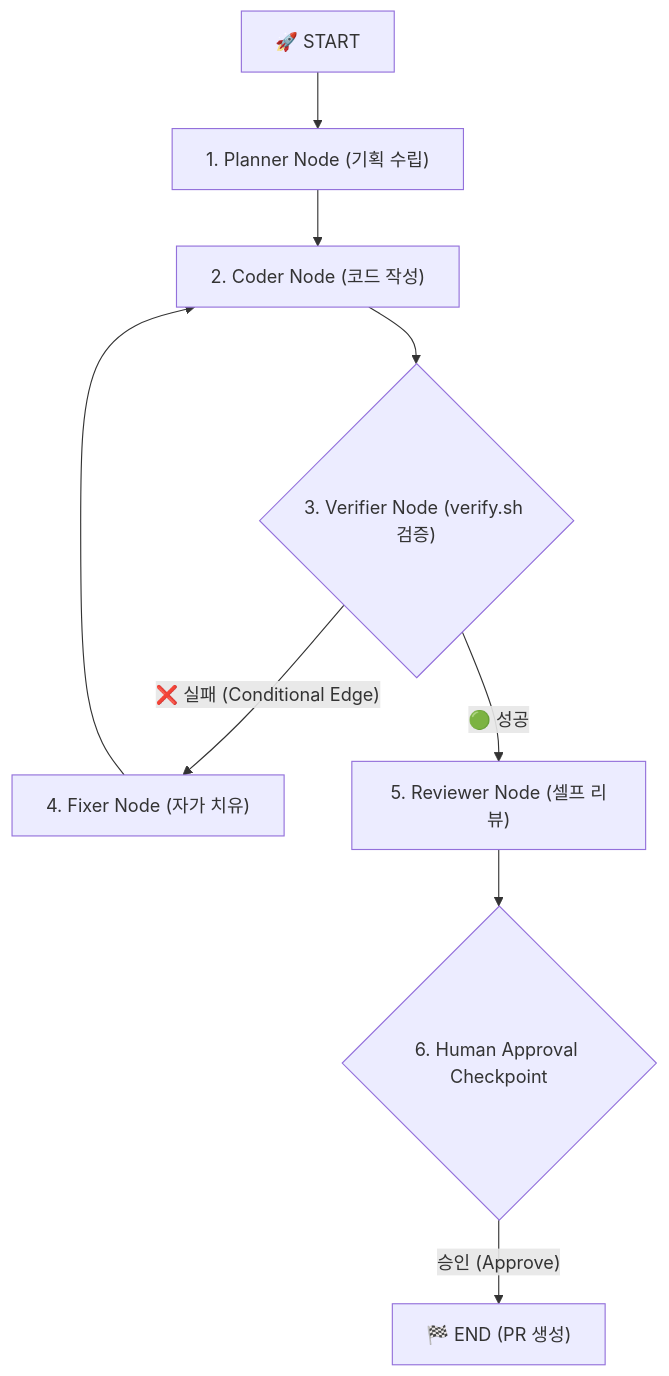
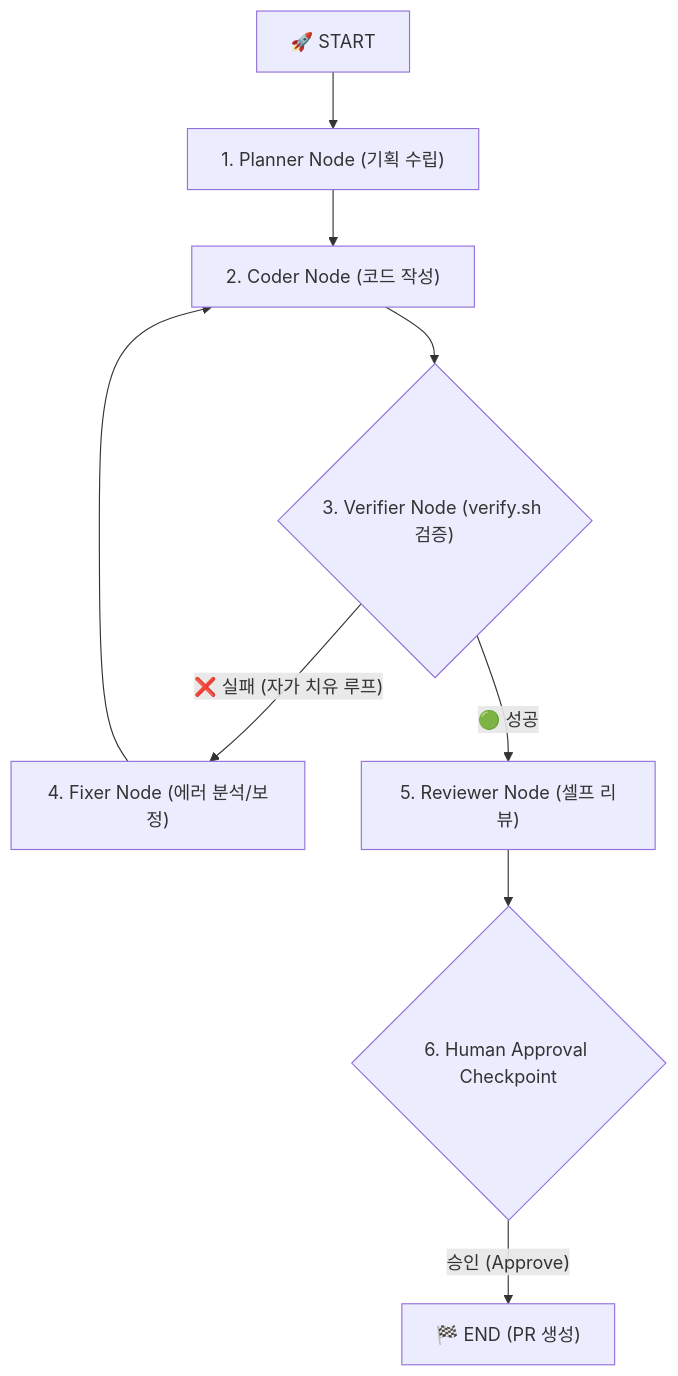
One commit to ShinhanDSProject/shinhan-delivery changed the third of 3 diagrams in docs/langchain-langgraph-deepdive.md. Above: the diagram before and after it, drawn with Mermaid. The commit also changed other lines of this file, not shown here.

````diff
--- a/docs/langchain-langgraph-deepdive.md
+++ b/docs/langchain-langgraph-deepdive.md
@@ -63,13 +69,13 @@
 ```mermaid
 graph TD
     Start["🚀 START"] --> PlannerNode["1. Planner Node (기획 수립)"]
     PlannerNode --> CoderNode["2. Coder Node (코드 작성)"]
     CoderNode --> VerifierNode{"3. Verifier Node (verify.sh 검증)"}
     
-    VerifierNode -- "❌ 실패 (Conditional Edge)" --> FixerNode["4. Fixer Node (자가 치유)"]
+    VerifierNode -- "❌ 실패 (자가 치유 루프)" --> FixerNode["4. Fixer Node (에러 분석/보정)"]
     FixerNode --> CoderNode
     
     VerifierNode -- "🟢 성공" --> ReviewerNode["5. Reviewer Node (셀프 리뷰)"]
     ReviewerNode --> Checkpoint{"6. Human Approval Checkpoint"}
     Checkpoint -- "승인 (Approve)" --> End["🏁 END (PR 생성)"]
 ```
````
